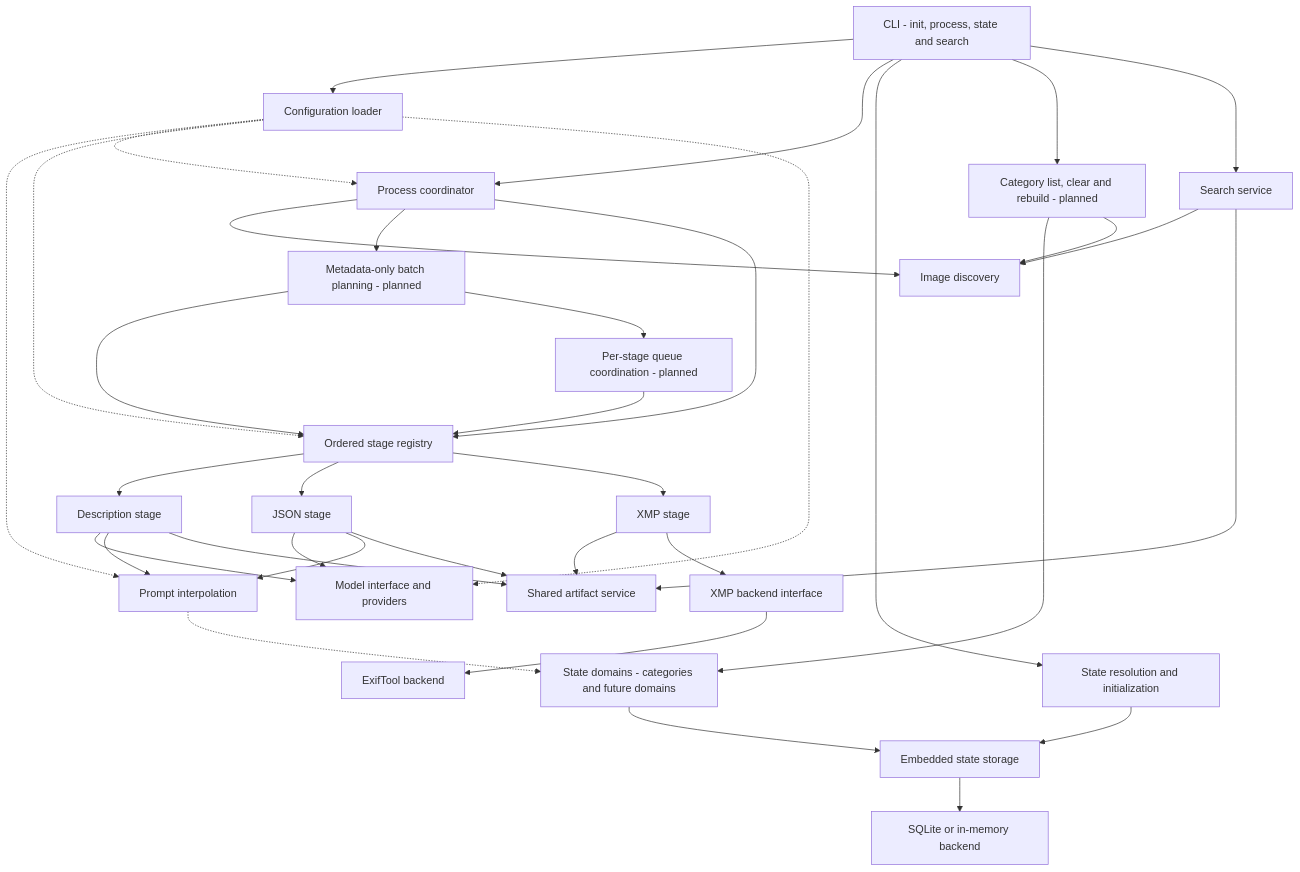
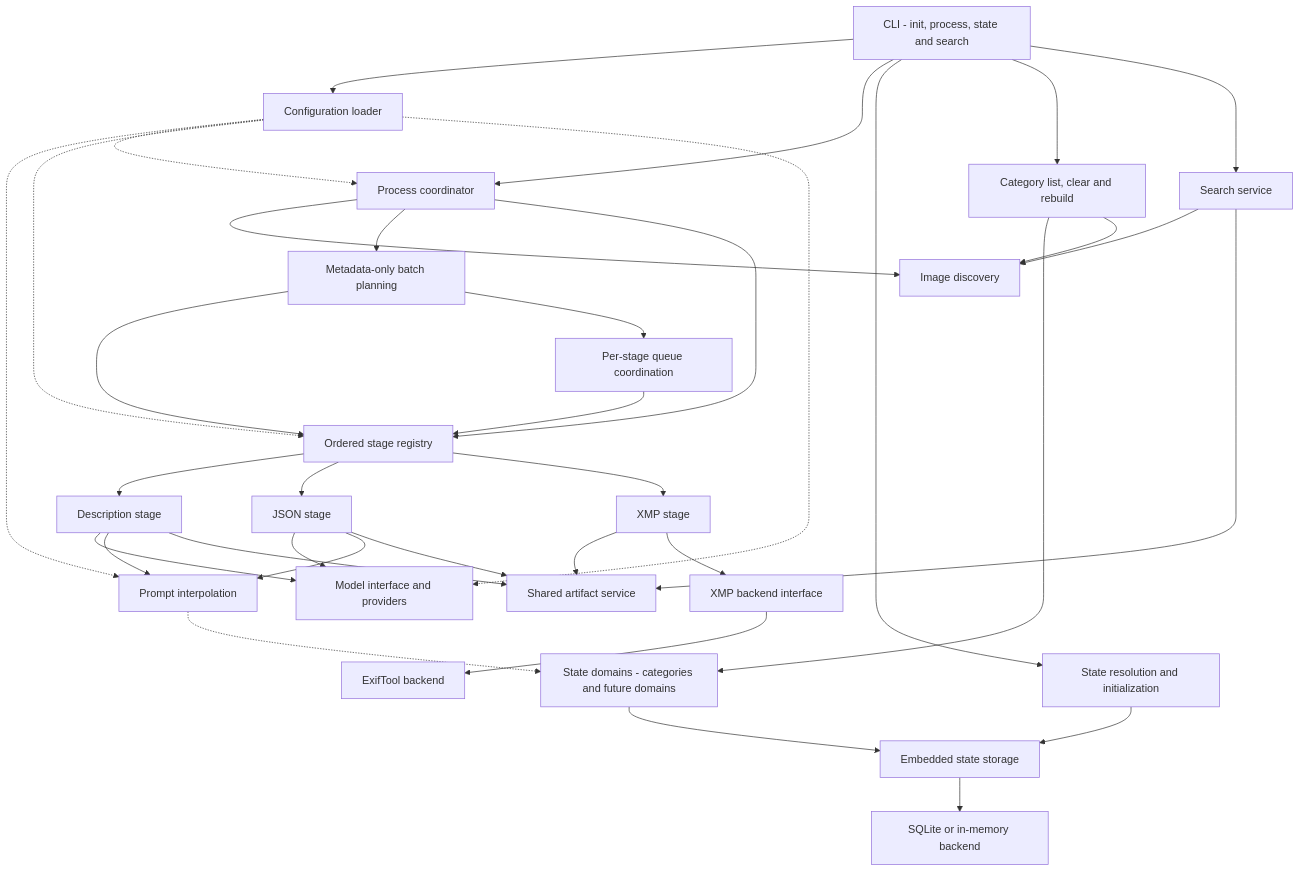
Before and after one commit to ServiceCraze/image-clarus: the first of 2 diagrams in docs/HLD-image-clarus.md, drawn with Mermaid. The commit also changed other lines of this file and 7 other files, not shown here.

First line of the commit message:
docs(cli): add category list/clear/rebuild help and README updates

````diff
--- a/docs/HLD-image-clarus.md
+++ b/docs/HLD-image-clarus.md
@@ -33,38 +33,38 @@
 ```mermaid
 flowchart TB
   CLI["CLI - init, process, state and search"] --> CFG["Configuration loader"]
   CLI --> COORD["Process coordinator"]
   CLI --> RESOLVE["State resolution and initialization"]
-  CLI --> CATOPS["Category list, clear and rebuild - planned"]
+  CLI --> CATOPS["Category list, clear and rebuild"]
   CATOPS --> DOMAINS
   CATOPS --> DISC
   RESOLVE --> STORE["Embedded state storage"]
   STORE --> SQLITE["SQLite or in-memory backend"]
   DOMAINS["State domains - categories and future domains"] --> STORE
   CLI --> SEARCH["Search service"]
   COORD --> DISC["Image discovery"]
-  COORD --> PLAN["Metadata-only batch planning - planned"]
+  COORD --> PLAN["Metadata-only batch planning"]
   PLAN --> REG
-  PLAN --> QUEUES["Per-stage queue coordination - planned"]
+  PLAN --> QUEUES["Per-stage queue coordination"]
   QUEUES --> REG
   COORD --> REG["Ordered stage registry"]
   REG --> DESC["Description stage"]
   REG --> JSON["JSON stage"]
   REG --> XMP["XMP stage"]
   DESC --> MODELS["Model interface and providers"]
   JSON --> MODELS
   DESC --> PROMPT["Prompt interpolation"]
   JSON --> PROMPT
   CFG -.-> PROMPT
   PROMPT -.-> DOMAINS
   DESC --> ART["Shared artifact service"]
   JSON --> ART
   XMP --> ART
   XMP --> XBACK["XMP backend interface"]
   XBACK --> EXIF["ExifTool backend"]
   SEARCH --> DISC
   SEARCH --> ART
   CFG -.-> COORD
   CFG -.-> REG
   CFG -.-> MODELS
 ```
````
